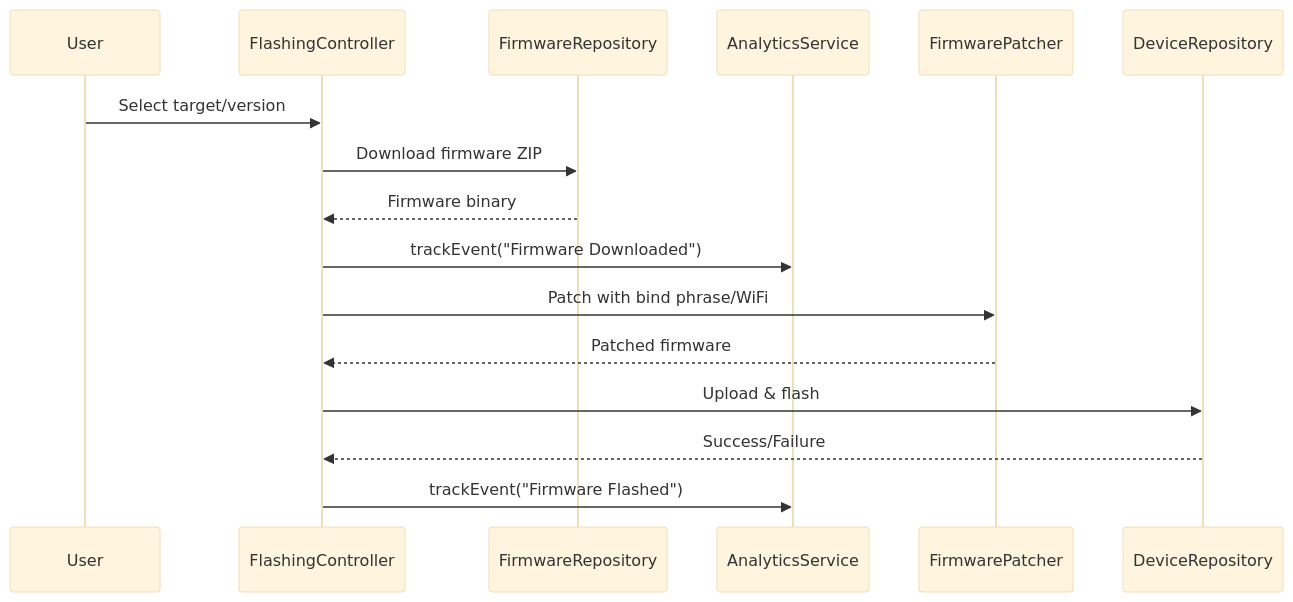
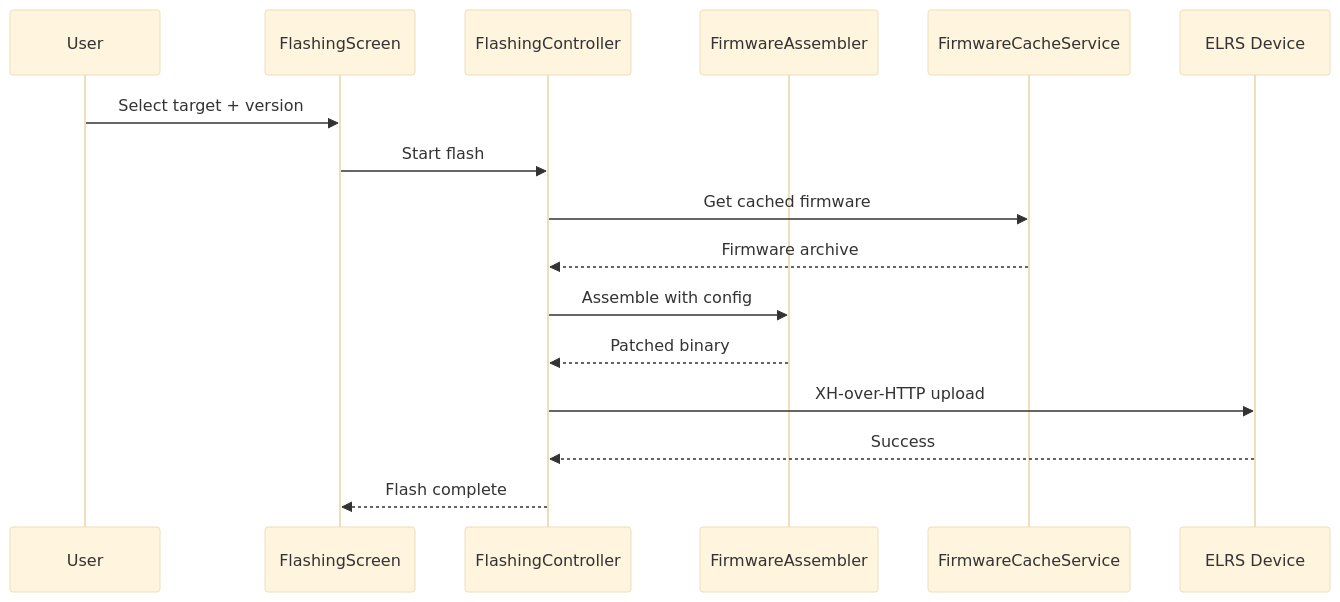
One commit to wbhinton/ELRS-Mobile changed the second of 3 diagrams in .rp1/context/architecture.md. Above: the diagram before and after it, drawn with Mermaid (base theme). The commit also changed other lines of this file and 15 other files, not shown here.

````diff
--- a/.rp1/context/architecture.md
+++ b/.rp1/context/architecture.md
@@ -118,19 +97,19 @@
 ```mermaid
 sequenceDiagram
     participant User
-    participant FlashingController
-    participant FirmwareRepository
-    participant AnalyticsService
-    participant FirmwarePatcher
-    participant DeviceRepository
-    
-    User->>FlashingController: Select target/version
-    FlashingController->>FirmwareRepository: Download firmware ZIP
-    FirmwareRepository-->>FlashingController: Firmware binary
-    FlashingController->>AnalyticsService: trackEvent("Firmware Downloaded")
-    FlashingController->>FirmwarePatcher: Patch with bind phrase/WiFi
-    FirmwarePatcher-->>FlashingController: Patched firmware
-    FlashingController->>DeviceRepository: Upload & flash
-    DeviceRepository-->>FlashingController: Success/Failure
-    FlashingController->>AnalyticsService: trackEvent("Firmware Flashed")
+    participant UI as FlashingScreen
+    participant Controller as FlashingController
+    participant Assembler as FirmwareAssembler
+    participant Cache as FirmwareCacheService
+    participant Device as ELRS Device
+
+    User->>UI: Select target + version
+    UI->>Controller: Start flash
+    Controller->>Cache: Get cached firmware
+    Cache-->>Controller: Firmware archive
+    Controller->>Assembler: Assemble with config
+    Assembler-->>Controller: Patched binary
+    Controller->>Device: XH-over-HTTP upload
+    Device-->>Controller: Success
+    Controller-->>UI: Flash complete
 ```
````
